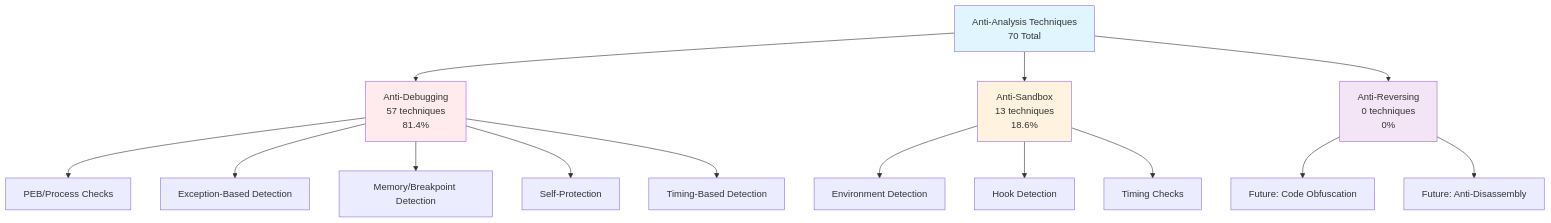
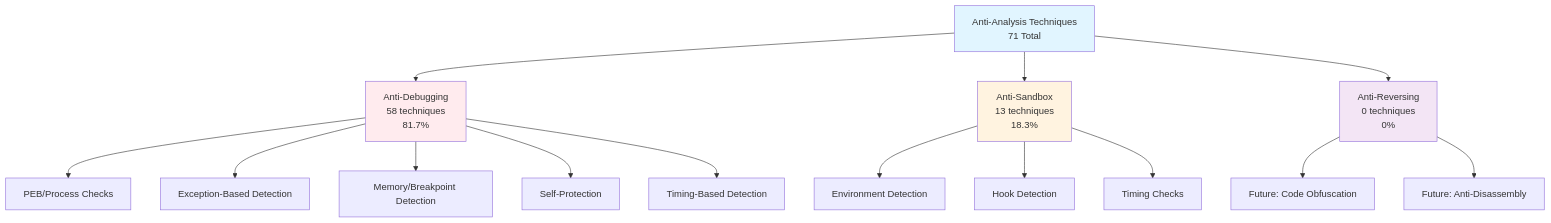
One commit to mabj/anti changed the first of 8 diagrams in docs/diagrams/taxonomy.md. Above: the diagram before and after it, drawn with Mermaid. The commit also changed other lines of this file and 7 other files, not shown here.

Commit message:
Adding new Anti-debugging technique AD058

````diff
--- a/docs/diagrams/taxonomy.md
+++ b/docs/diagrams/taxonomy.md
@@ -7,24 +7,24 @@
 ```mermaid
 graph TB
-    A[Anti-Analysis Techniques<br/>70 Total] --> B[Anti-Debugging<br/>57 techniques<br/>81.4%]
-    A --> C[Anti-Sandbox<br/>13 techniques<br/>18.6%]
+    A[Anti-Analysis Techniques<br/>71 Total] --> B[Anti-Debugging<br/>58 techniques<br/>81.7%]
+    A --> C[Anti-Sandbox<br/>13 techniques<br/>18.3%]
     A --> D[Anti-Reversing<br/>0 techniques<br/>0%]
 
     B --> B1[PEB/Process Checks]
     B --> B2[Exception-Based Detection]
     B --> B3[Memory/Breakpoint Detection]
     B --> B4[Self-Protection]
     B --> B5[Timing-Based Detection]
 
     C --> C1[Environment Detection]
     C --> C2[Hook Detection]
     C --> C3[Timing Checks]
 
     D --> D1[Future: Code Obfuscation]
     D --> D2[Future: Anti-Disassembly]
 
     style A fill:#e1f5ff
     style B fill:#ffebee
     style C fill:#fff3e0
     style D fill:#f3e5f5
 ```
````
